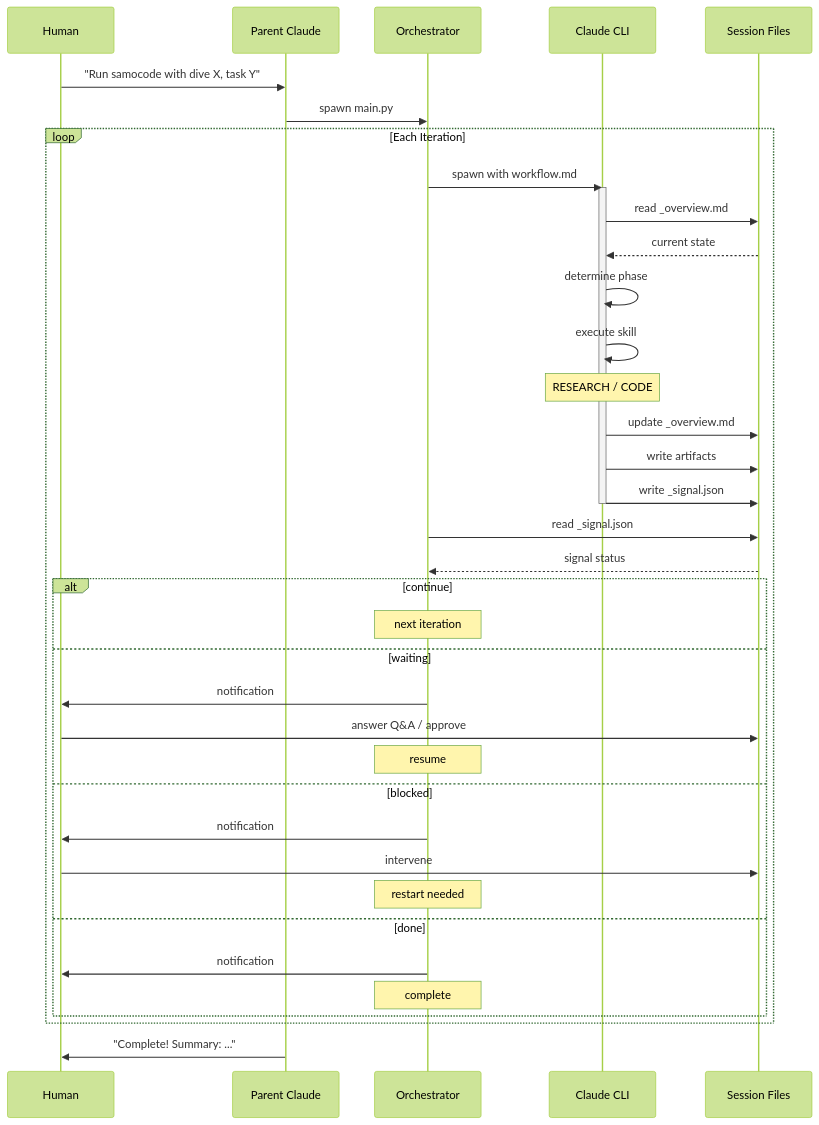
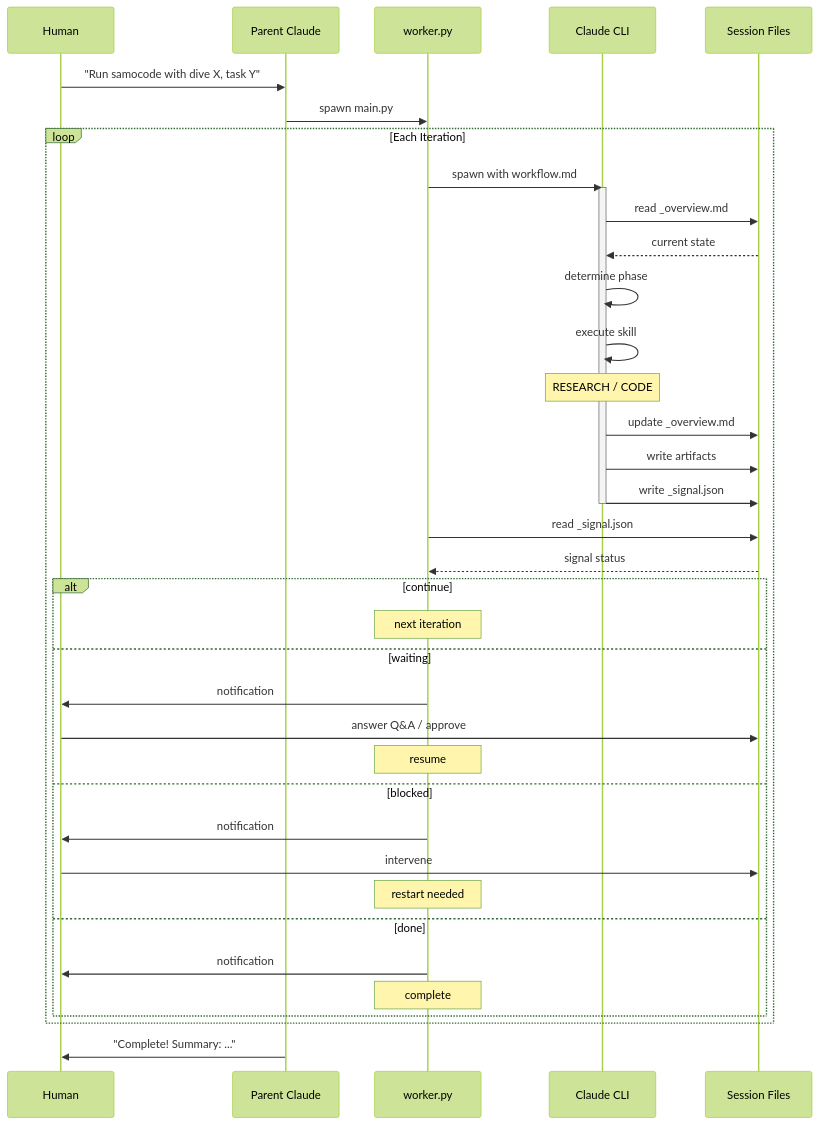
One commit to Yuvasee/samocode changed the diagram in README.md. Above: the diagram before and after it, drawn with Mermaid (forest theme). The commit also changed other lines of this file, not shown here.

Commit message:
README: remove phases diagram, rename Orchestrator to worker.py

````diff
--- a/README.md
+++ b/README.md
@@ -186,50 +158,50 @@
 ```mermaid
 sequenceDiagram
     participant H as Human
     participant P as Parent Claude
-    participant O as Orchestrator
+    participant O as worker.py
     participant C as Claude CLI
     participant F as Session Files
 
     H->>P: "Run samocode with dive X, task Y"
     P->>O: spawn main.py
 
     loop Each Iteration
         O->>C: spawn with workflow.md
         activate C
 
         C->>F: read _overview.md
         F-->>C: current state
 
         C->>C: determine phase
         C->>C: execute skill
 
         Note over C: RESEARCH / CODE
 
         C->>F: update _overview.md
         C->>F: write artifacts
         C->>F: write _signal.json
 
         deactivate C
 
         O->>F: read _signal.json
         F-->>O: signal status
 
         alt continue
             Note over O: next iteration
         else waiting
             O->>H: notification
             H->>F: answer Q&A / approve
             Note over O: resume
         else blocked
             O->>H: notification
             H->>F: intervene
             Note over O: restart needed
         else done
             O->>H: notification
             Note over O: complete
         end
     end
 
     P->>H: "Complete! Summary: ..."
 ```
````
